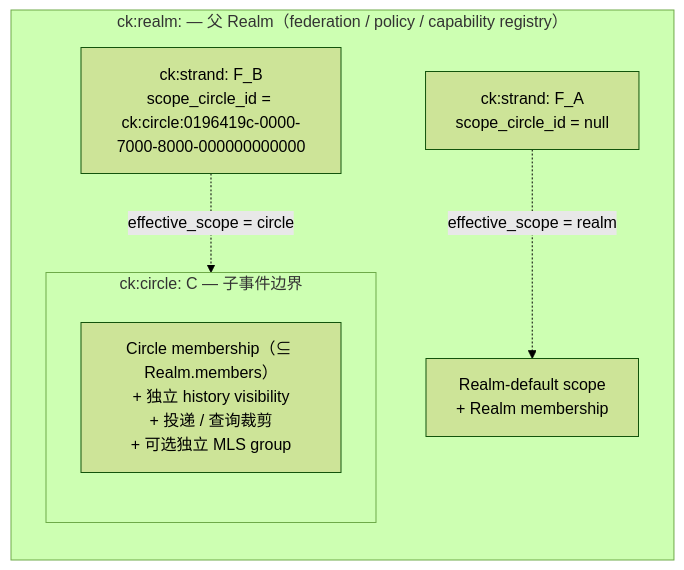
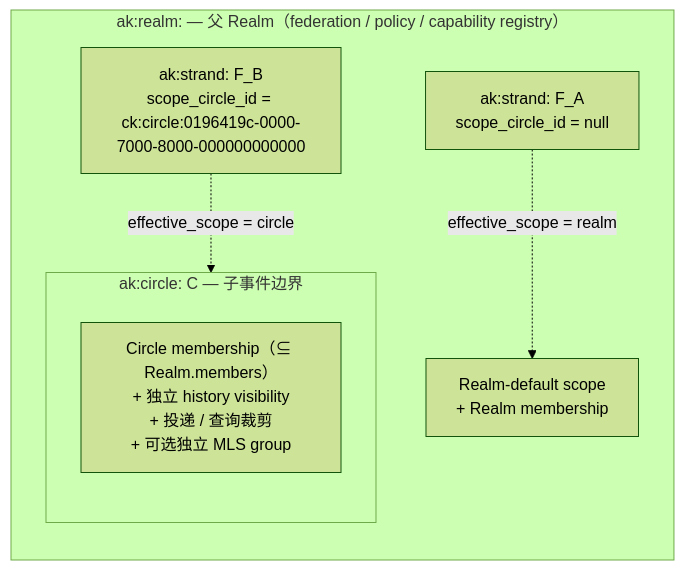
Before and after one commit to arkret-org/arkret-spec: the diagram in spec/v1/zh/models/strand-and-message.md, drawn with Mermaid (forest theme). The commit also changed other lines of this file and 302 other files, not shown here.

````diff
--- a/spec/v1/zh/models/strand-and-message.md
+++ b/spec/v1/zh/models/strand-and-message.md
@@ -331,16 +331,16 @@
 ```mermaid
 flowchart LR
-    subgraph Realm ["ck:realm: — 父 Realm（federation / policy / capability registry）"]
+    subgraph Realm ["ak:realm: — 父 Realm（federation / policy / capability registry）"]
         direction TB
-        StrandA["ck:strand: F_A<br/>scope_circle_id = null"]
-        StrandB["ck:strand: F_B<br/>scope_circle_id = ck:circle:0196419c-0000-7000-8000-000000000000"]
+        StrandA["ak:strand: F_A<br/>scope_circle_id = null"]
+        StrandB["ak:strand: F_B<br/>scope_circle_id = ck:circle:0196419c-0000-7000-8000-000000000000"]
         RealmScope["Realm-default scope<br/>+ Realm membership"]
-        subgraph Circle ["ck:circle: C — 子事件边界"]
+        subgraph Circle ["ak:circle: C — 子事件边界"]
             direction TB
             CircleScope["Circle membership（⊆ Realm.members）<br/>+ 独立 history visibility<br/>+ 投递 / 查询裁剪<br/>+ 可选独立 MLS group"]
         end
 
         StrandA -. "effective_scope = realm" .-> RealmScope
         StrandB -. "effective_scope = circle" .-> CircleScope
     end
 ```
````
